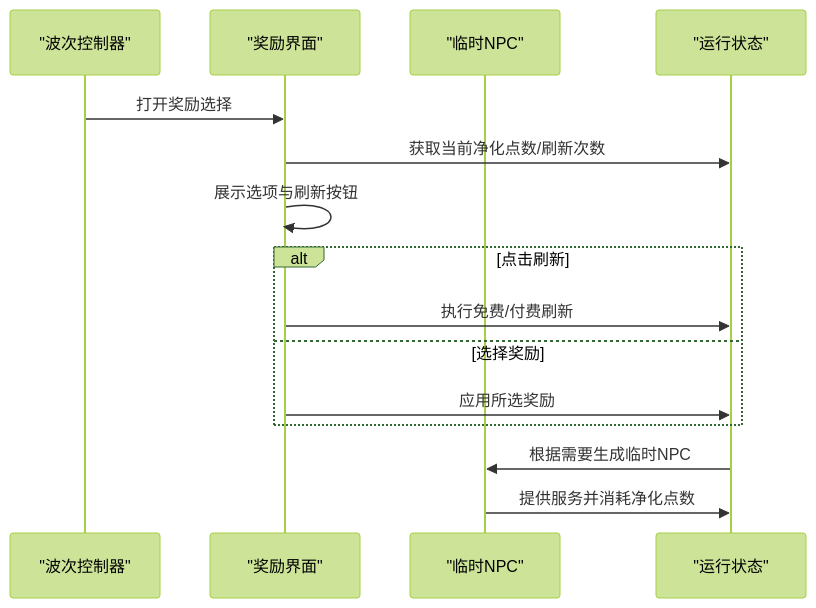
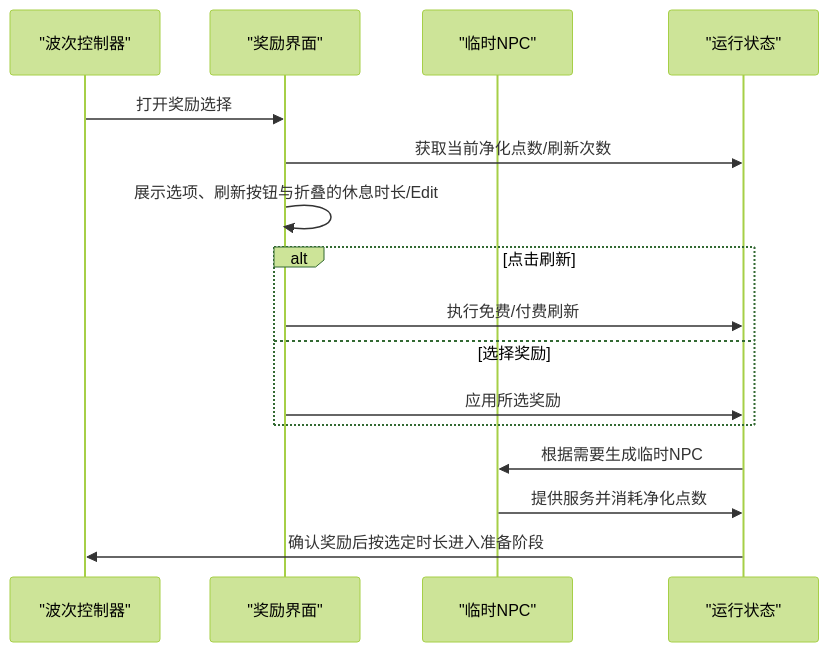
Before and after one commit to GASEN1216/BossRushMod: the seventh of 9 diagrams in .qoder/repowiki/zh/content/游戏模式系统/僵尸模式.md, drawn with Mermaid (forest theme). The commit also changed other lines of this file and 11 other files, not shown here.

````diff
--- a/.qoder/repowiki/zh/content/游戏模式系统/僵尸模式.md
+++ b/.qoder/repowiki/zh/content/游戏模式系统/僵尸模式.md
@@ -272,17 +277,18 @@
 ```mermaid
 sequenceDiagram
 participant Wave as "波次控制器"
 participant RewUI as "奖励界面"
 participant Npc as "临时NPC"
 participant State as "运行状态"
 Wave->>RewUI : 打开奖励选择
 RewUI->>State : 获取当前净化点数/刷新次数
-RewUI->>RewUI : 展示选项与刷新按钮
+RewUI->>RewUI : 展示选项、刷新按钮与折叠的休息时长/Edit
 alt 点击刷新
 RewUI->>State : 执行免费/付费刷新
 else 选择奖励
 RewUI->>State : 应用所选奖励
 end
 State->>Npc : 根据需要生成临时NPC
 Npc->>State : 提供服务并消耗净化点数
+State->>Wave : 确认奖励后按选定时长进入准备阶段
 ```
````
